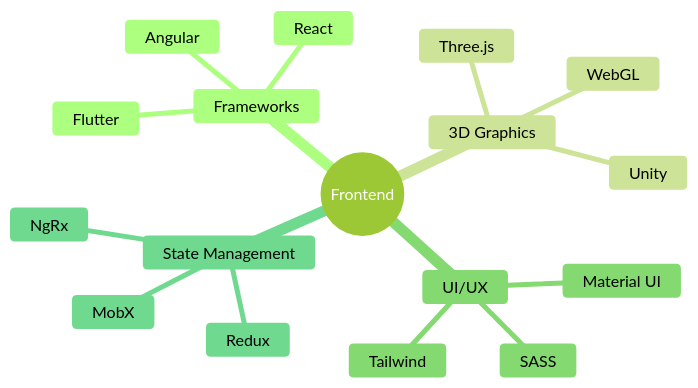
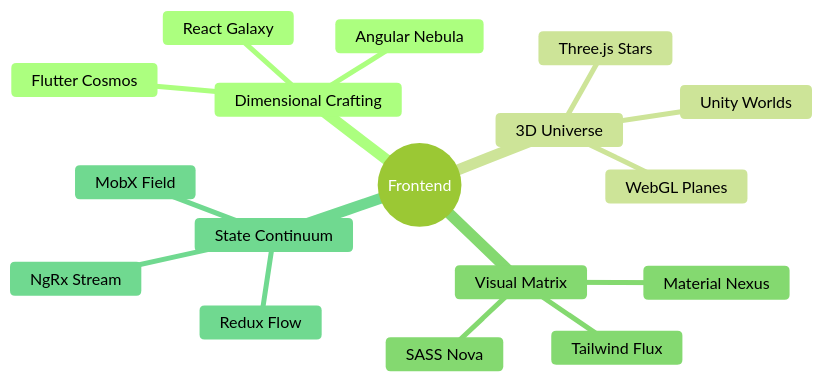
Before and after one commit to KhamessiTaha/KhamessiTaha: the first of 2 diagrams in README.md, drawn with Mermaid (forest theme). The commit also changed other lines of this file, not shown here.

````diff
--- a/README.md
+++ b/README.md
@@ -87,20 +87,20 @@
 ```mermaid
 mindmap
   root((Frontend))
-    Frameworks
-      React
-      Angular
-      Flutter
-    3D Graphics
-      Three.js
-      Unity
-      WebGL
-    UI/UX
-      Tailwind
-      SASS
-      Material UI
-    State Management
-      Redux
-      NgRx
-      MobX
+    Dimensional Crafting
+      React Galaxy
+      Angular Nebula
+      Flutter Cosmos
+    3D Universe
+      Three.js Stars
+      Unity Worlds
+      WebGL Planes
+    Visual Matrix
+      Tailwind Flux
+      SASS Nova
+      Material Nexus
+    State Continuum
+      Redux Flow
+      NgRx Stream
+      MobX Field
 ```
````
